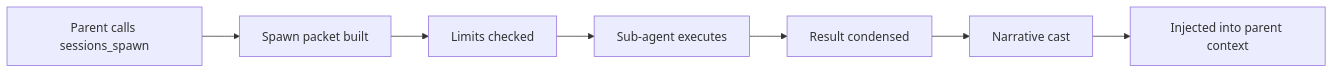
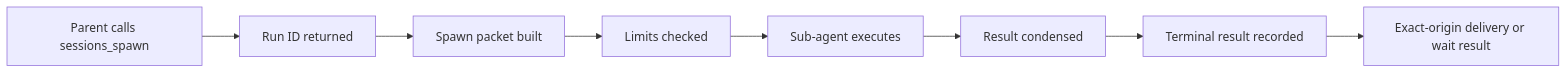
The diagram in docs/agents/subagent-lifecycle.mdx (comisai/comis), drawn with Mermaid before and after one commit. The commit also changed other lines of this file and 16 other files, not shown here.

````diff
--- a/docs/agents/subagent-lifecycle.mdx
+++ b/docs/agents/subagent-lifecycle.mdx
@@ -20,9 +22,10 @@
 ```mermaid
 flowchart LR
-    A[Parent calls sessions_spawn] --> B[Spawn packet built]
-    B --> C[Limits checked]
-    C --> D[Sub-agent executes]
-    D --> E[Result condensed]
-    E --> F[Narrative cast]
-    F --> G[Injected into parent context]
+    A[Parent calls sessions_spawn] --> B[Run ID returned]
+    B --> C[Spawn packet built]
+    C --> D[Limits checked]
+    D --> E[Sub-agent executes]
+    E --> F[Result condensed]
+    F --> G[Terminal result recorded]
+    G --> H[Exact-origin delivery or wait result]
 ```
````
